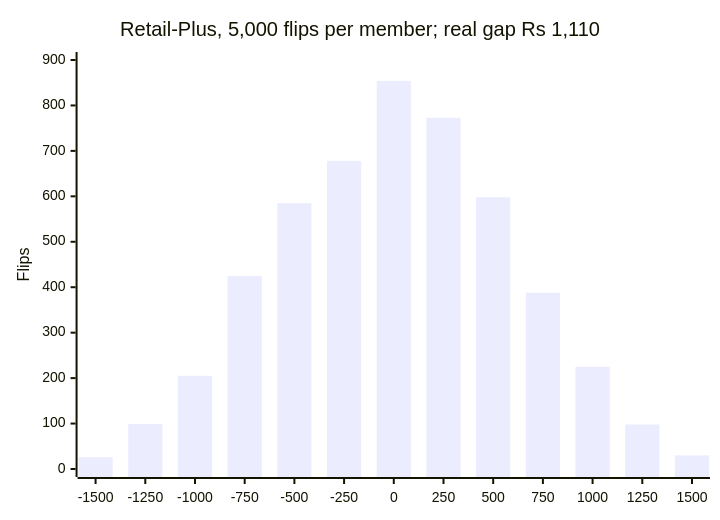
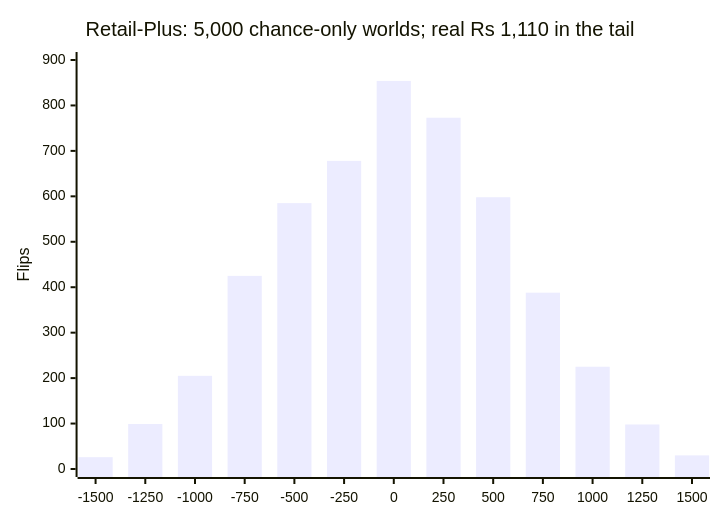
One commit to fde-academy-lab/c2-content-factory changed the sixth of 27 diagrams in content/W01/D4/slides/C2_W01_D04_half1_STUDENT.md. Above: the diagram before and after it, drawn with Mermaid. The commit also changed other lines of this file and 2 other files, not shown here.

````diff
--- a/content/W01/D4/slides/C2_W01_D04_half1_STUDENT.md
+++ b/content/W01/D4/slides/C2_W01_D04_half1_STUDENT.md
@@ -439,7 +435,7 @@
 ```mermaid
 xychart-beta
-    title "Retail-Plus, 5,000 flips per member; real gap Rs 1,110"
+    title "Retail-Plus: 5,000 chance-only worlds; real Rs 1,110 in the tail"
     x-axis ["-1500", "-1250", "-1000", "-750", "-500", "-250", "0", "250", "500", "750", "1000", "1250", "1500"]
     y-axis "Flips" 0 --> 900
     bar [26, 99, 205, 425, 585, 678, 854, 773, 598, 388, 225, 98, 30]
 ```
````
